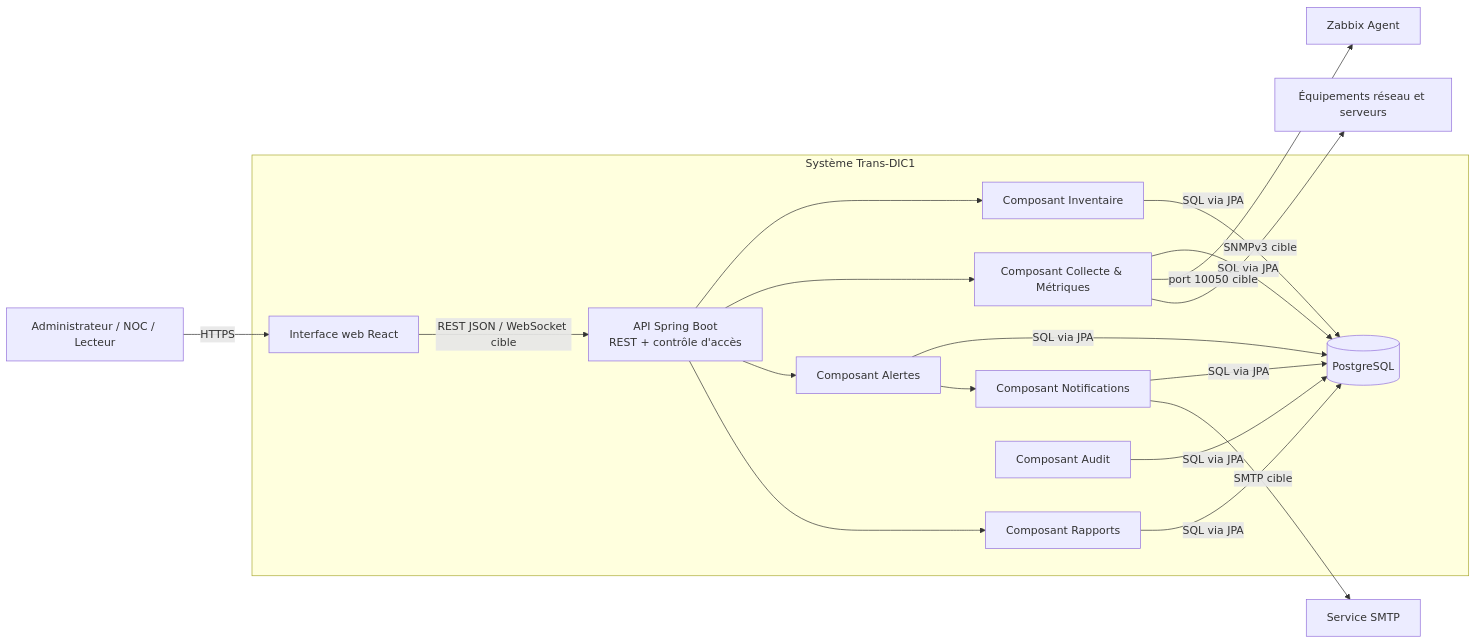
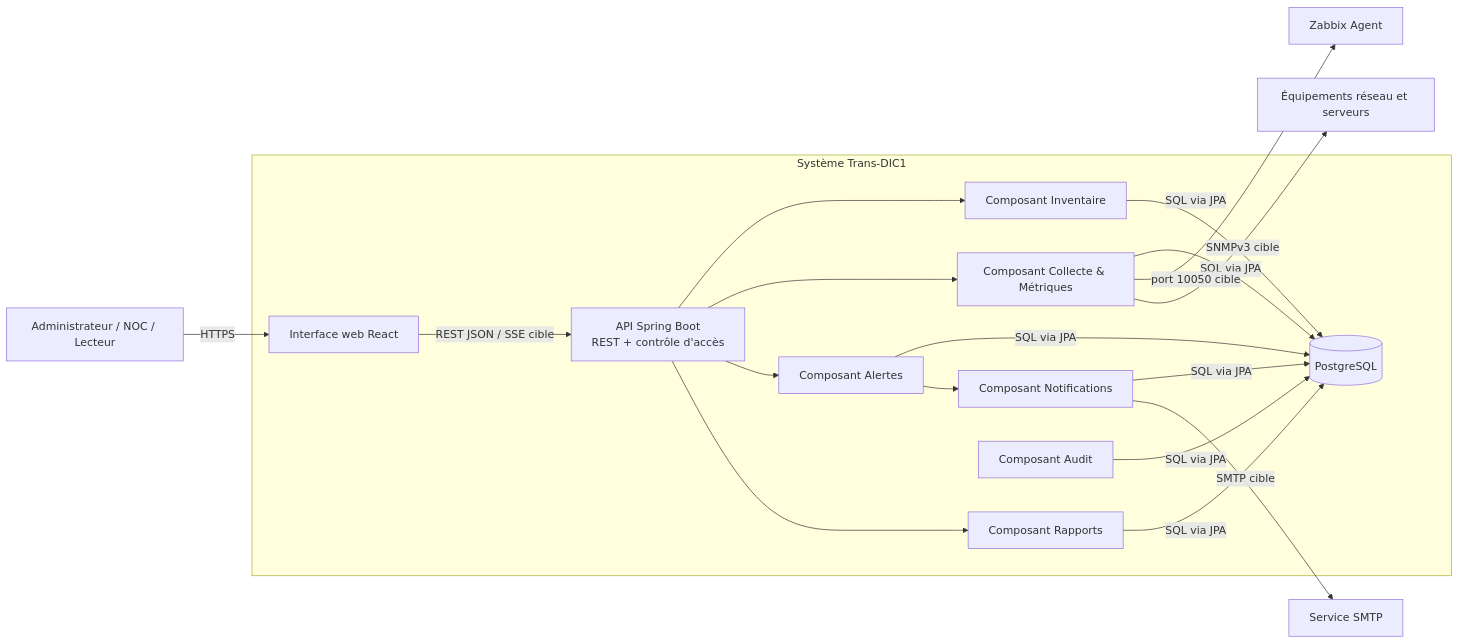
Before and after one commit to boubacarsidibe/Trans-DIC1: the diagram in docs/architecture/diagrams/06-components/components.mmd, drawn with Mermaid. The commit also changed 19 other files, not shown here.

First line of the commit message:
docs: ajouter les ADR 0002 à 0006, le dossier d'architecture et aligner les diagrammes

```diff
--- a/docs/architecture/diagrams/06-components/components.mmd
+++ b/docs/architecture/diagrams/06-components/components.mmd
@@ -1,34 +1,34 @@
 flowchart LR
     users["Administrateur / NOC / Lecteur"]
     sources["Équipements réseau et serveurs"]
     zabbix["Zabbix Agent"]
     smtp["Service SMTP"]
 
     subgraph transdic["Système Trans-DIC1"]
         web["Interface web React"]
         api["API Spring Boot\nREST + contrôle d'accès"]
         inventory["Composant Inventaire"]
         monitoring["Composant Collecte & Métriques"]
         alerting["Composant Alertes"]
         notification["Composant Notifications"]
         reporting["Composant Rapports"]
         audit["Composant Audit"]
         db[("PostgreSQL")]
     end
 
     users -->|HTTPS| web
-    web -->|REST JSON / WebSocket cible| api
+    web -->|REST JSON / SSE cible| api
     api --> inventory
     api --> monitoring
     api --> alerting
     api --> reporting
     inventory -->|SQL via JPA| db
     monitoring -->|SQL via JPA| db
     alerting -->|SQL via JPA| db
     notification -->|SQL via JPA| db
     reporting -->|SQL via JPA| db
     audit -->|SQL via JPA| db
     monitoring -->|port 10050 cible| zabbix
     monitoring -->|SNMPv3 cible| sources
     alerting --> notification
     notification -->|SMTP cible| smtp
```
